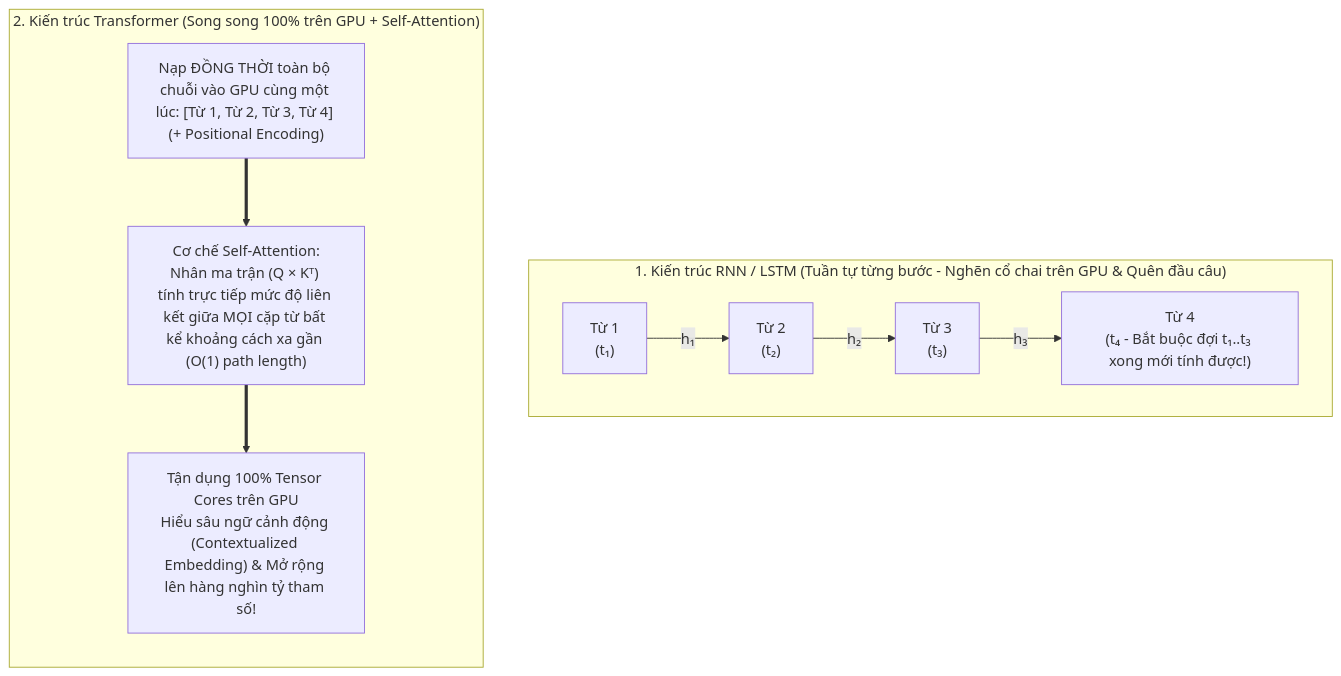
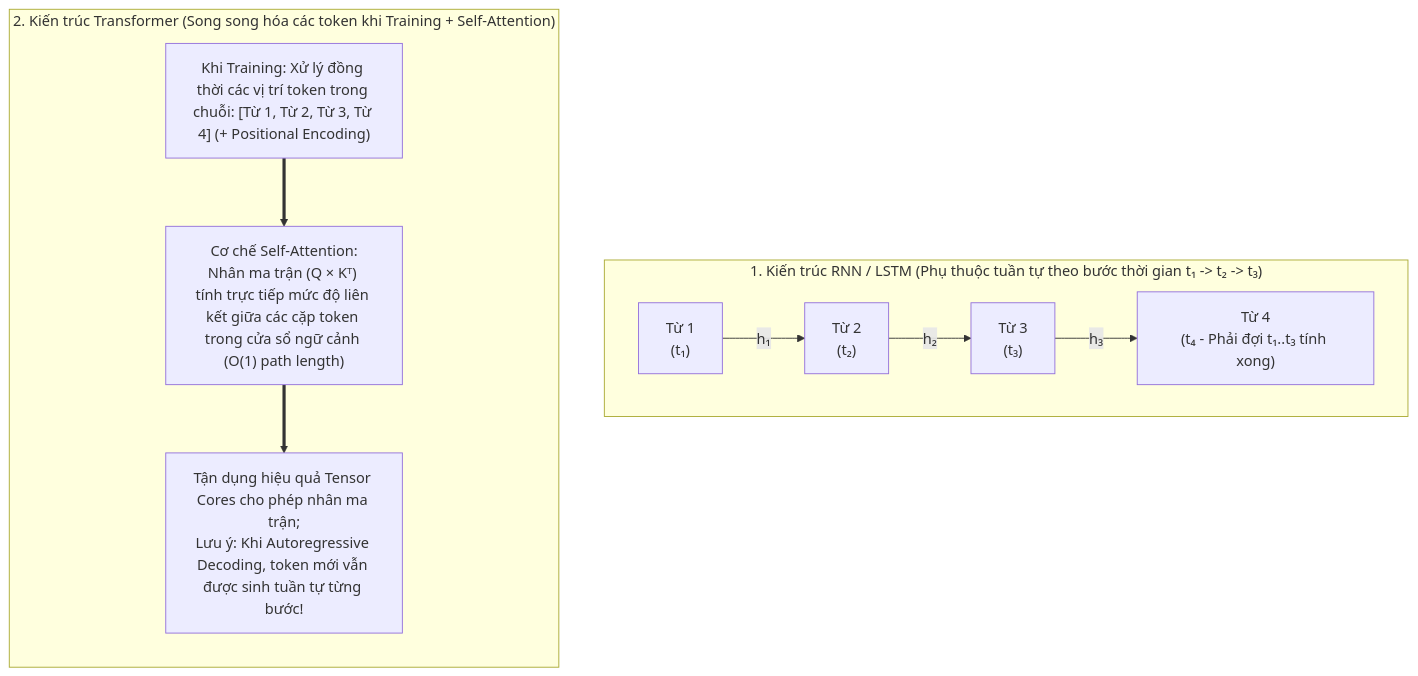
One commit to nxthanh2904/nca-genl changed the fifth of 5 diagrams in Module_03_Generative_AI_and_LLM.md. Above: the diagram before and after it, drawn with Mermaid. The commit also changed other lines of this file and 14 other files, not shown here.

````diff
--- a/Module_03_Generative_AI_and_LLM.md
+++ b/Module_03_Generative_AI_and_LLM.md
@@ -198,16 +200,16 @@
 ```mermaid
 flowchart TD
-    subgraph RNN_Arch["1. Kiến trúc RNN / LSTM (Tuần tự từng bước - Nghẽn cổ chai trên GPU & Quên đầu câu)"]
+    subgraph RNN_Arch["1. Kiến trúc RNN / LSTM (Phụ thuộc tuần tự theo bước thời gian t₁ -> t₂ -> t₃)"]
         direction LR
-        W1["Từ 1<br/>(t₁)"] -->|h₁| W2["Từ 2<br/>(t₂)"] -->|h₂| W3["Từ 3<br/>(t₃)"] -->|h₃| W4["Từ 4<br/>(t₄ - Bắt buộc đợi t₁..t₃ xong mới tính được!)"]
+        W1["Từ 1<br/>(t₁)"] -->|h₁| W2["Từ 2<br/>(t₂)"] -->|h₂| W3["Từ 3<br/>(t₃)"] -->|h₃| W4["Từ 4<br/>(t₄ - Phải đợi t₁..t₃ tính xong)"]
     end
 
-    subgraph Trans_Arch["2. Kiến trúc Transformer (Song song 100% trên GPU + Self-Attention)"]
+    subgraph Trans_Arch["2. Kiến trúc Transformer (Song song hóa các token khi Training + Self-Attention)"]
         direction TB
-        AllWords["Nạp ĐỒNG THỜI toàn bộ chuỗi vào GPU cùng một lúc: [Từ 1, Từ 2, Từ 3, Từ 4] (+ Positional Encoding)"]
-        Attn["Cơ chế Self-Attention:<br/>Nhân ma trận (Q × Kᵀ) tính trực tiếp mức độ liên kết giữa MỌI cặp từ bất kể khoảng cách xa gần (O(1) path length)"]
-        GPU_Out["Tận dụng 100% Tensor Cores trên GPU<br/>Hiểu sâu ngữ cảnh động (Contextualized Embedding) & Mở rộng lên hàng nghìn tỷ tham số!"]
+        AllWords["Khi Training: Xử lý đồng thời các vị trí token trong chuỗi: [Từ 1, Từ 2, Từ 3, Từ 4] (+ Positional Encoding)"]
+        Attn["Cơ chế Self-Attention:<br/>Nhân ma trận (Q × Kᵀ) tính trực tiếp mức độ liên kết giữa các cặp token trong cửa sổ ngữ cảnh (O(1) path length)"]
+        GPU_Out["Tận dụng hiệu quả Tensor Cores cho phép nhân ma trận;<br/>Lưu ý: Khi Autoregressive Decoding, token mới vẫn được sinh tuần tự từng bước!"]
         
         AllWords ==> Attn ==> GPU_Out
     end
 ```
````
